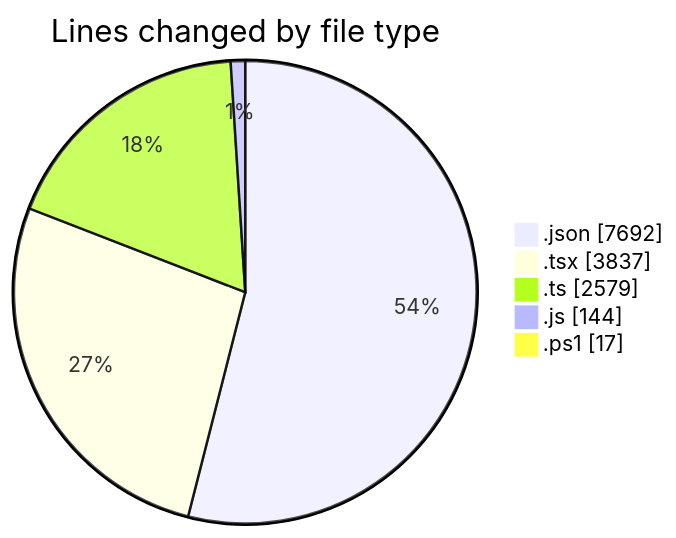
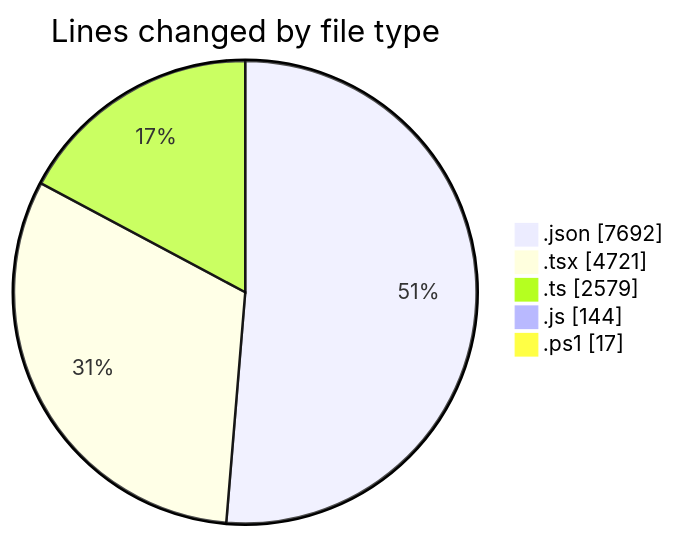
The first of 2 diagrams in 2025-06-10/ecodeli-1/README.md (CELIANVF/code-tracking), drawn with Mermaid before and after one commit. The commit also changed other lines of this file and 1 other file, not shown here.

````diff
--- a/2025-06-10/ecodeli-1/README.md
+++ b/2025-06-10/ecodeli-1/README.md
@@ -42,9 +44,9 @@
 ```mermaid
 pie showData
 title Lines changed by file type
 ".json" : 7692
-".tsx" : 3837
+".tsx" : 4721
 ".ts" : 2579
 ".js" : 144
 ".ps1" : 17
 ```
````
